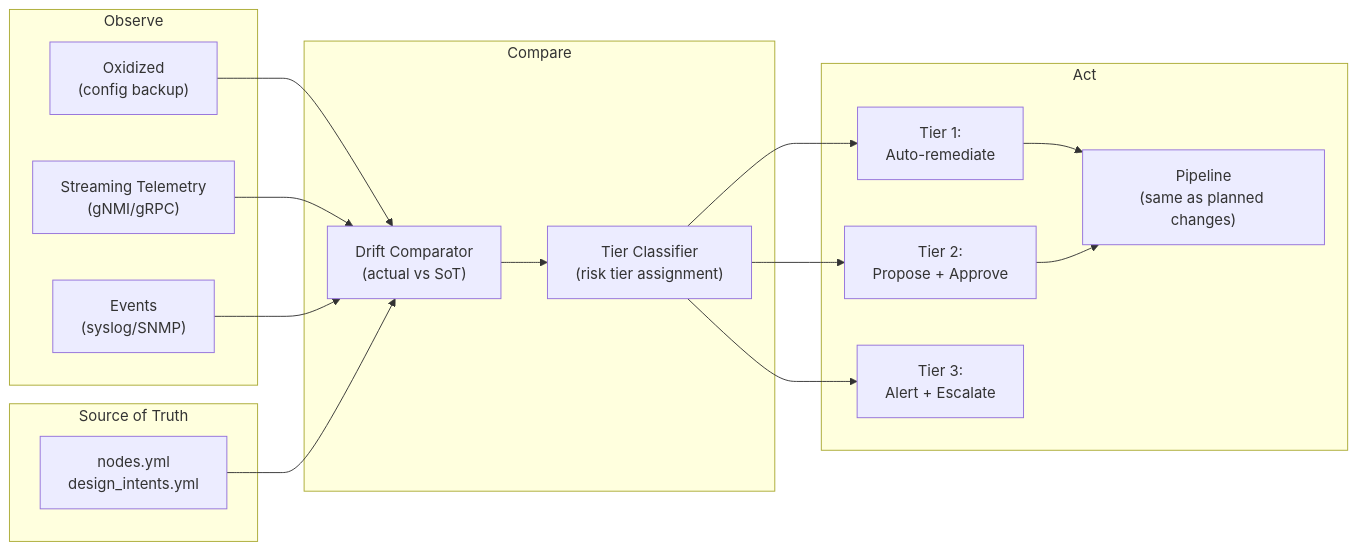
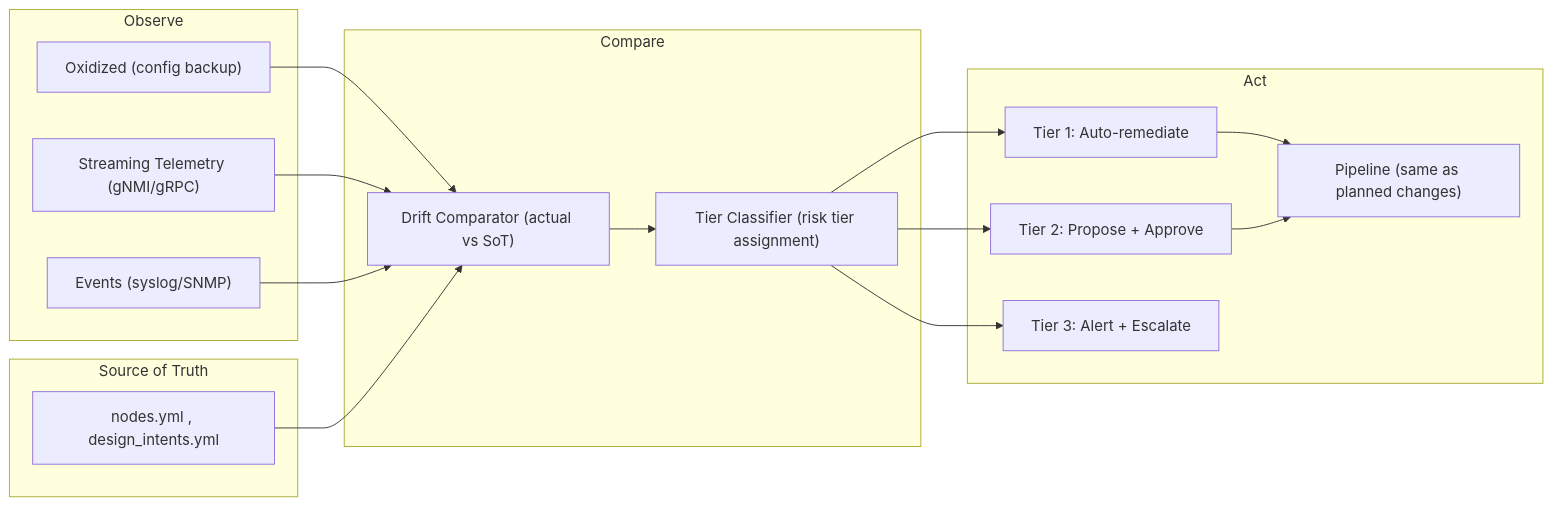
Before and after one commit to ppklau/network_automation_handbook: the second of 2 diagrams in 11-advanced-topics/auto-healing/chapter.md, drawn with Mermaid. The commit also changed other lines of this file and 12 other files, not shown here.

Commit message:
Adjusted mermaid diagrams.

````diff
--- a/11-advanced-topics/auto-healing/chapter.md
+++ b/11-advanced-topics/auto-healing/chapter.md
@@ -79,33 +79,33 @@
 ```mermaid
 graph LR
     subgraph "Observe"
-        OX["Oxidized<br>(config backup)"]
-        TL["Streaming Telemetry<br>(gNMI/gRPC)"]
-        EV["Events<br>(syslog/SNMP)"]
+        OX["Oxidized (config backup)"]
+        TL["Streaming Telemetry (gNMI/gRPC)"]
+        EV["Events (syslog/SNMP)"]
     end
 
     subgraph "Compare"
-        DC["Drift Comparator<br>(actual vs SoT)"]
-        TC["Tier Classifier<br>(risk tier assignment)"]
+        DC["Drift Comparator (actual vs SoT)"]
+        TC["Tier Classifier (risk tier assignment)"]
     end
 
     subgraph "Act"
-        T1["Tier 1:<br>Auto-remediate"]
-        T2["Tier 2:<br>Propose + Approve"]
-        T3["Tier 3:<br>Alert + Escalate"]
-        PL["Pipeline<br>(same as planned changes)"]
+        T1["Tier 1: Auto-remediate"]
+        T2["Tier 2: Propose + Approve"]
+        T3["Tier 3: Alert + Escalate"]
+        PL["Pipeline (same as planned changes)"]
     end
 
     subgraph "Source of Truth"
-        SOT["nodes.yml<br>design_intents.yml"]
+        SOT["nodes.yml , design_intents.yml"]
     end
 
     OX --> DC
     TL --> DC
     EV --> DC
     SOT --> DC
     DC --> TC
     TC --> T1 & T2 & T3
     T1 --> PL
     T2 --> PL
 ```
````
